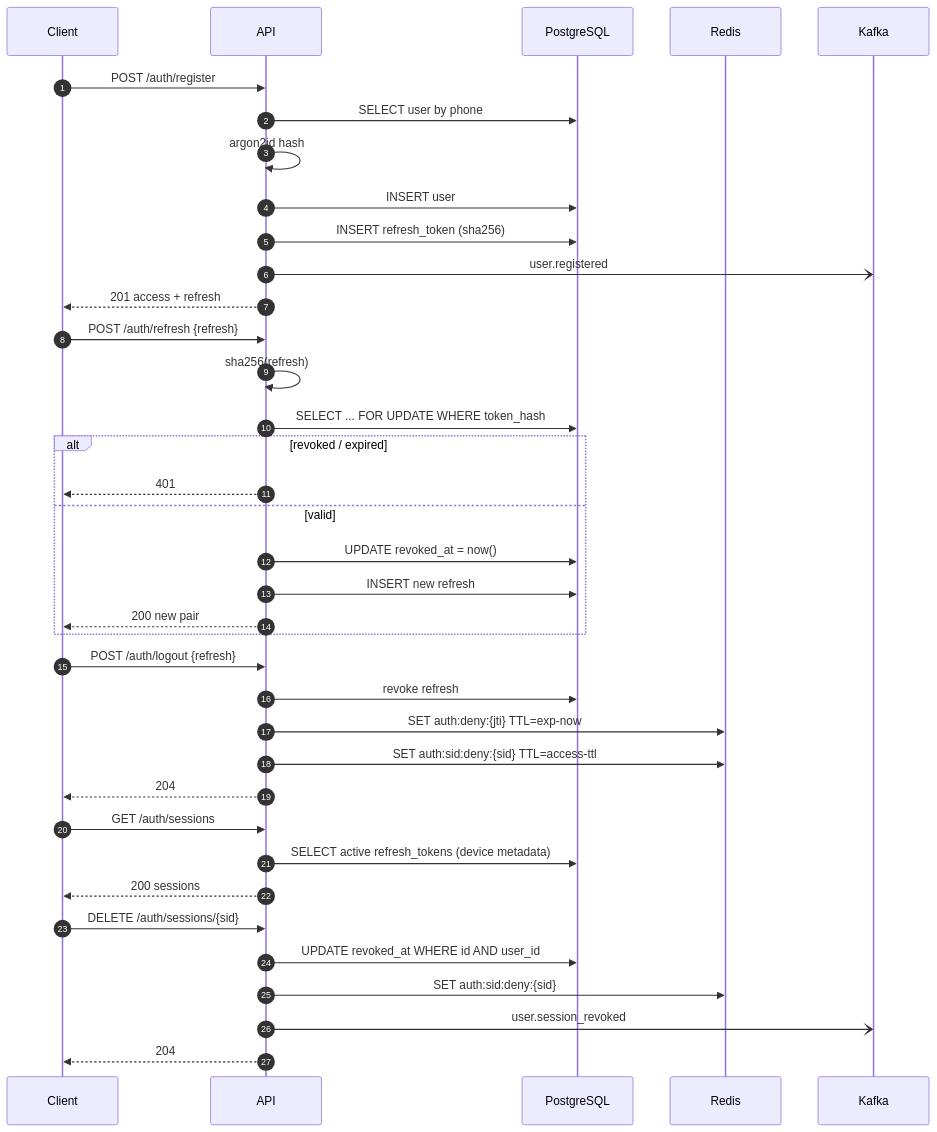
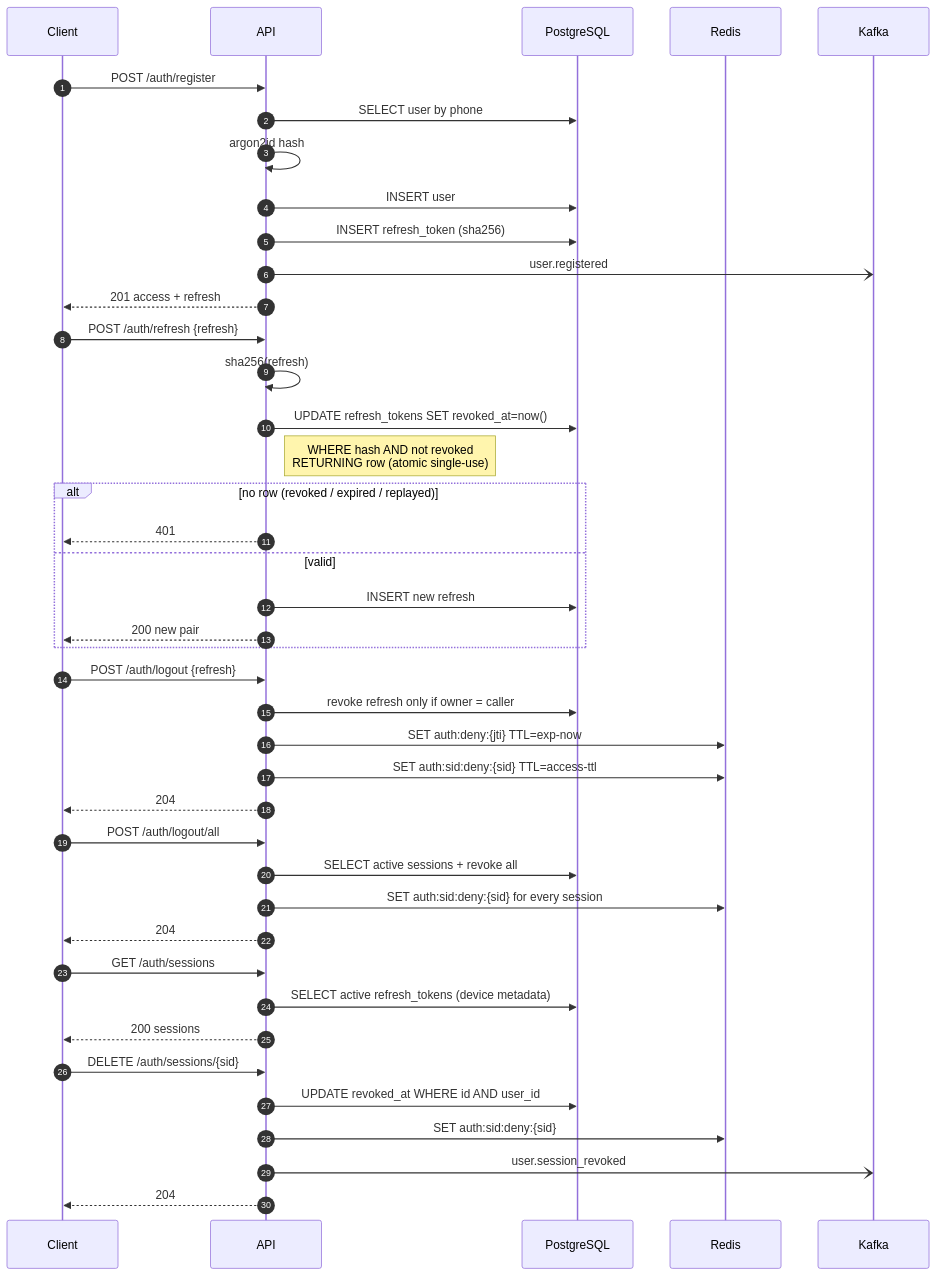
The third of 7 diagrams in docs/ARCHITECTURE.md (JamikKhidirov/GetContactBackend), drawn with Mermaid before and after one commit. The commit also changed other lines of this file and 46 other files, not shown here.

First line of the commit message:
fix: harden auth and session security, refresh API contract

````diff
--- a/docs/ARCHITECTURE.md
+++ b/docs/ARCHITECTURE.md
@@ -177,44 +180,49 @@
 ```mermaid
 sequenceDiagram
     autonumber
     participant C as Client
     participant A as API
     participant P as PostgreSQL
     participant R as Redis
     participant K as Kafka
 
     C->>A: POST /auth/register
     A->>P: SELECT user by phone
     A->>A: argon2id hash
     A->>P: INSERT user
     A->>P: INSERT refresh_token (sha256)
     A-)K: user.registered
     A-->>C: 201 access + refresh
 
     C->>A: POST /auth/refresh {refresh}
     A->>A: sha256(refresh)
-    A->>P: SELECT ... FOR UPDATE WHERE token_hash
-    alt revoked / expired
+    A->>P: UPDATE refresh_tokens SET revoked_at=now()
+    Note right of A: WHERE hash AND not revoked<br/>RETURNING row (atomic single-use)
+    alt no row (revoked / expired / replayed)
         A-->>C: 401
     else valid
-        A->>P: UPDATE revoked_at = now()
         A->>P: INSERT new refresh
         A-->>C: 200 new pair
     end
 
     C->>A: POST /auth/logout {refresh}
-    A->>P: revoke refresh
+    A->>P: revoke refresh only if owner = caller
     A->>R: SET auth:deny:{jti} TTL=exp-now
     A->>R: SET auth:sid:deny:{sid} TTL=access-ttl
+    A-->>C: 204
+
+    C->>A: POST /auth/logout/all
+    A->>P: SELECT active sessions + revoke all
+    A->>R: SET auth:sid:deny:{sid} for every session
     A-->>C: 204
 
     C->>A: GET /auth/sessions
     A->>P: SELECT active refresh_tokens (device metadata)
     A-->>C: 200 sessions
 
     C->>A: DELETE /auth/sessions/{sid}
     A->>P: UPDATE revoked_at WHERE id AND user_id
     A->>R: SET auth:sid:deny:{sid}
     A-)K: user.session_revoked
     A-->>C: 204
 ```
````
